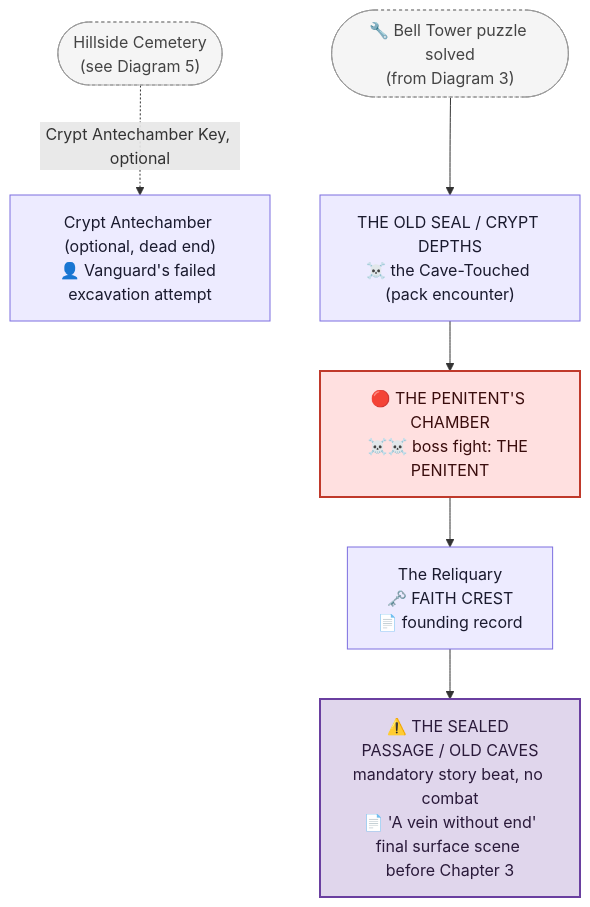
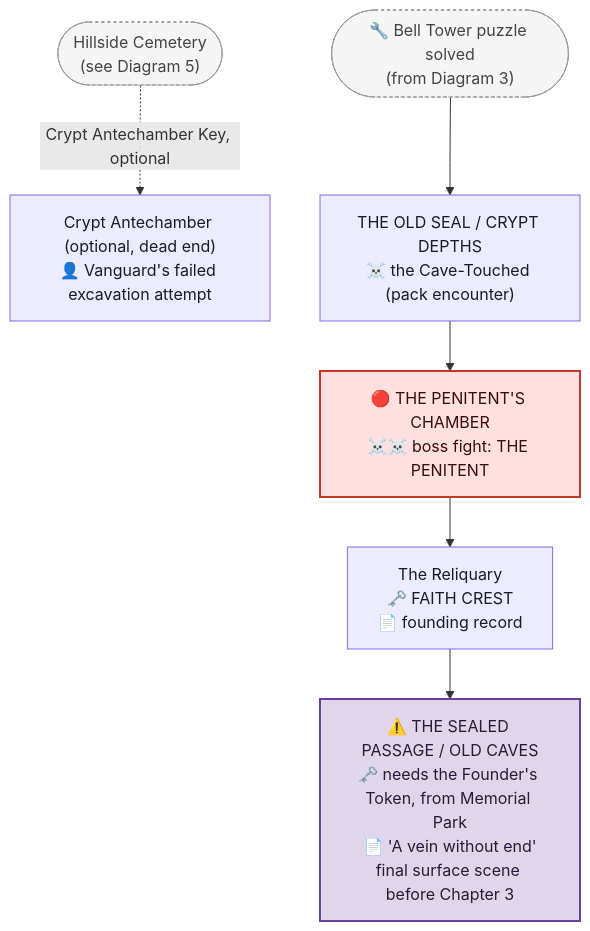
One commit to GIToez/Deadlock-Design changed the fourth of 5 diagrams in DESIGN/Locations/Monastery.md. Above: the diagram before and after it, drawn with Mermaid. The commit also changed other lines of this file and 17 other files, not shown here.

````diff
--- a/DESIGN/Locations/Monastery.md
+++ b/DESIGN/Locations/Monastery.md
@@ -579,22 +589,22 @@
 ```mermaid
 flowchart TD
     BELLREF(["🔧 Bell Tower puzzle solved<br/>(from Diagram 3)"])
     CEMETERYREF(["Hillside Cemetery<br/>(see Diagram 5)"])
     ANTECHAMBER["Crypt Antechamber (optional, dead end)<br/>👤 Vanguard's failed excavation attempt"]
     OLDSEAL["THE OLD SEAL / CRYPT DEPTHS<br/>☠️ the Cave-Touched (pack encounter)"]
     PENITENT["🔴 THE PENITENT'S CHAMBER<br/>☠️☠️ boss fight: THE PENITENT"]
     RELIQUARY["The Reliquary<br/>🗝️ FAITH CREST<br/>📄 founding record"]
-    SEALEDPASSAGE["⚠️ THE SEALED PASSAGE / OLD CAVES<br/>mandatory story beat, no combat<br/>📄 'A vein without end'<br/>final surface scene before Chapter 3"]
+    SEALEDPASSAGE["⚠️ THE SEALED PASSAGE / OLD CAVES<br/>🗝️ needs the Founder's Token, from Memorial Park<br/>📄 'A vein without end'<br/>final surface scene before Chapter 3"]
 
     CEMETERYREF -. Crypt Antechamber Key, optional .-> ANTECHAMBER
     BELLREF --> OLDSEAL --> PENITENT --> RELIQUARY --> SEALEDPASSAGE
 
     classDef room fill:#EDEBFF,stroke:#7C6EE0,color:#1a1a2e
     classDef boss fill:#FFE0E0,stroke:#C0392B,color:#3a0d0d,stroke-width:2px
     classDef ref fill:#F5F5F5,stroke:#999999,color:#444444,stroke-dasharray:3 3
     classDef vanguard fill:#E0D6EC,stroke:#6A3FA0,color:#2a1a3a,stroke-width:2px
     class BELLREF,CEMETERYREF ref
     class ANTECHAMBER,OLDSEAL,RELIQUARY room
     class PENITENT boss
     class SEALEDPASSAGE vanguard
 ```
````
